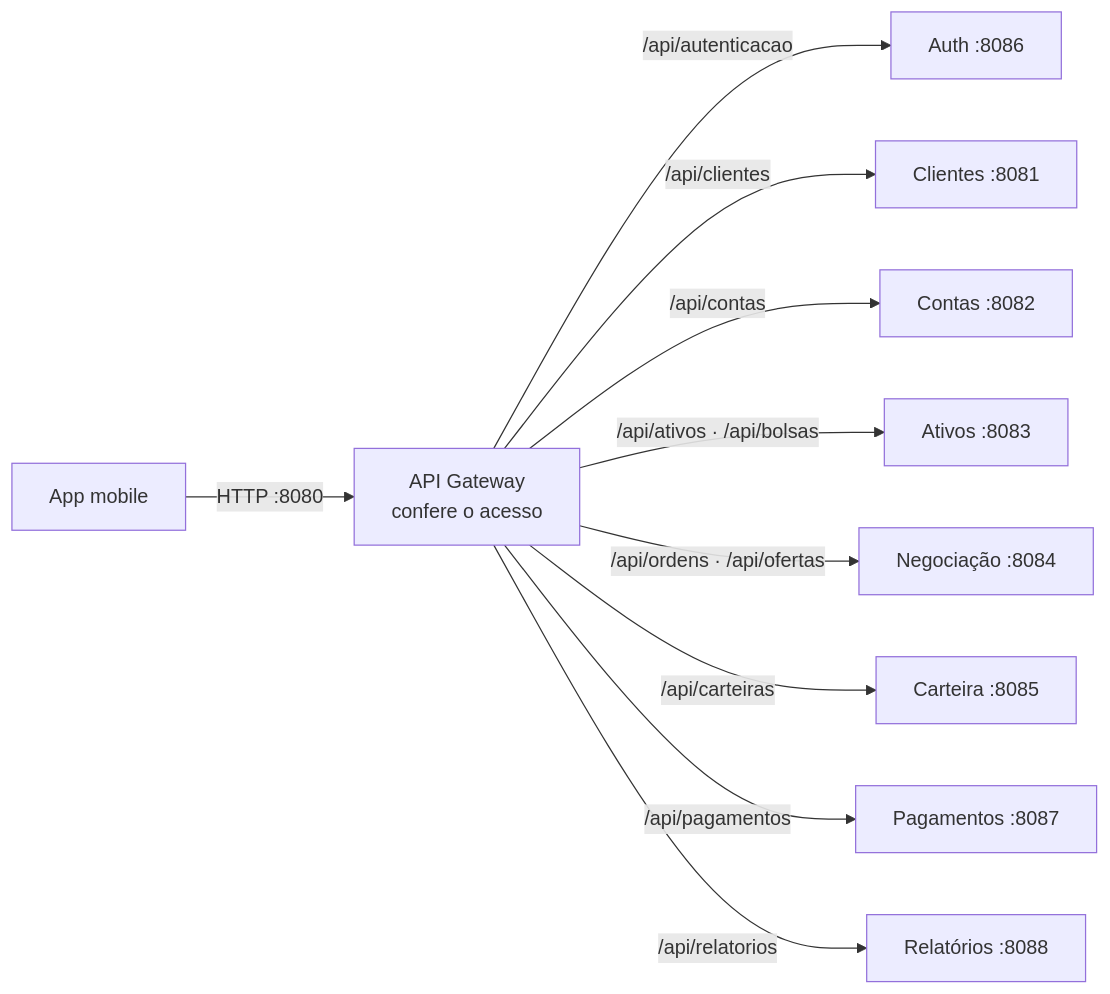
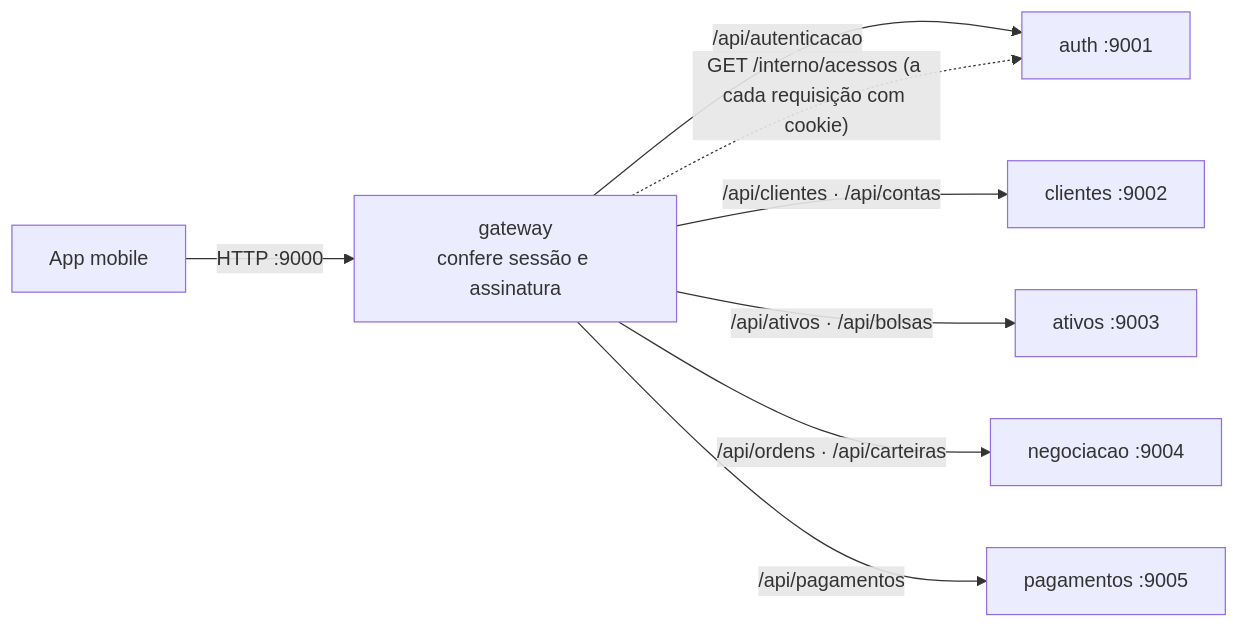
Before and after one commit to Endrigogustavo/OrbitaPay: the first of 7 diagrams in docs/comunicacao.md, drawn with Mermaid. The commit also changed other lines of this file and 788 other files, not shown here.

First line of the commit message:
refactor(backend): rewrite as 6 clean-architecture microservices

````diff
--- a/docs/comunicacao.md
+++ b/docs/comunicacao.md
@@ -19,12 +15,10 @@
 ```mermaid
 flowchart LR
-    APP["App mobile"] -->|"HTTP :8080"| GW["API Gateway<br/>confere o acesso"]
-    GW -->|"/api/autenticacao"| AUT["Auth :8086"]
-    GW -->|"/api/clientes"| CLI["Clientes :8081"]
-    GW -->|"/api/contas"| CON["Contas :8082"]
-    GW -->|"/api/ativos · /api/bolsas"| ATV["Ativos :8083"]
-    GW -->|"/api/ordens · /api/ofertas"| NEG["Negociação :8084"]
-    GW -->|"/api/carteiras"| CAR["Carteira :8085"]
-    GW -->|"/api/pagamentos"| PAG["Pagamentos :8087"]
-    GW -->|"/api/relatorios"| REL["Relatórios :8088"]
+    APP["App mobile"] -->|"HTTP :9000"| GW["gateway<br/>confere sessão e assinatura"]
+    GW -->|"/api/autenticacao"| AUT["auth :9001"]
+    GW -->|"/api/clientes · /api/contas"| CLI["clientes :9002"]
+    GW -->|"/api/ativos · /api/bolsas"| ATV["ativos :9003"]
+    GW -->|"/api/ordens · /api/carteiras"| NEG["negociacao :9004"]
+    GW -->|"/api/pagamentos"| PAG["pagamentos :9005"]
+    GW -.->|"GET /interno/acessos (a cada requisição com cookie)"| AUT
 ```
````
